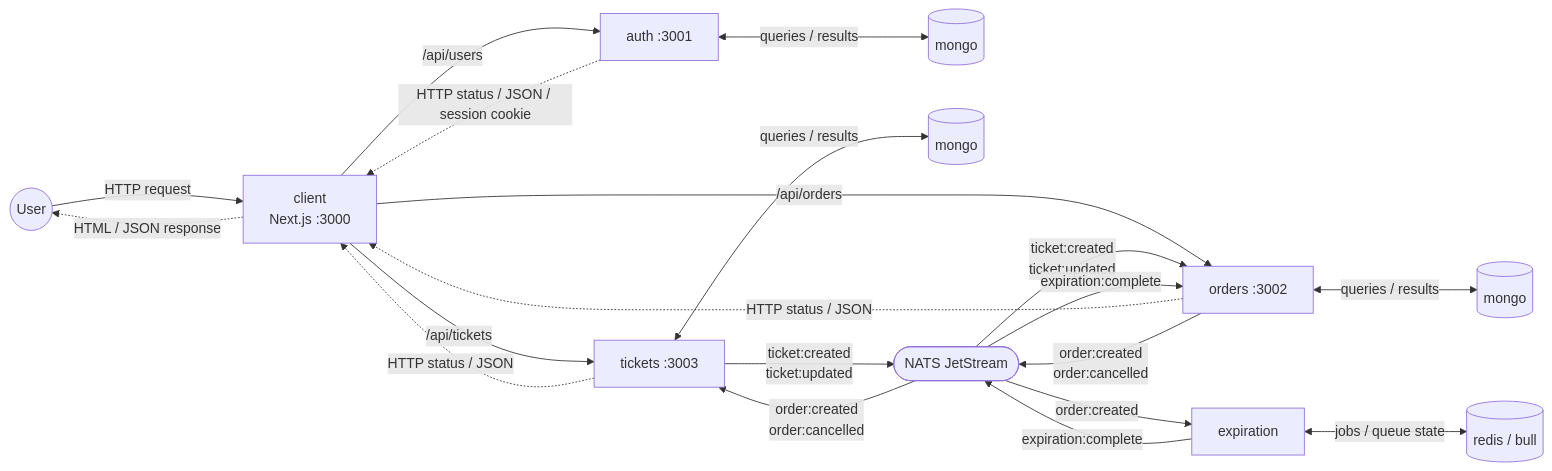
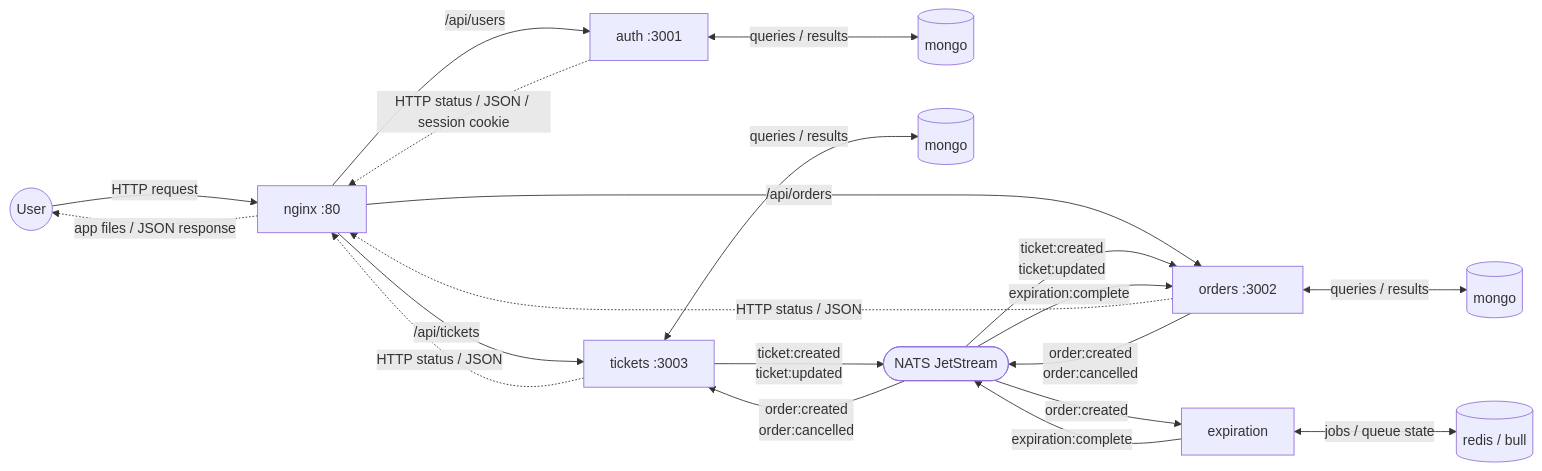
The diagram in README.md (elie29/ticketing), drawn with Mermaid before and after one commit. The commit also changed other lines of this file and 77 other files, not shown here.

Commit message:
✨ feat(client): migrate client to Vite SPA, serve via nginx in prod, update infra and docs

````diff
--- a/README.md
+++ b/README.md
@@ -7,24 +7,24 @@
 ```mermaid
 flowchart LR
-  user((User)) -->|HTTP request| client[client\nNext.js :3000]
-  client -.->|HTML / JSON response| user
-  client -->|/api/users| auth[auth :3001]
-  auth -.->|HTTP status / JSON / session cookie| client
-  client -->|/api/tickets| tickets[tickets :3003]
-  tickets -.->|HTTP status / JSON| client
-  client -->|/api/orders| orders[orders :3002]
-  orders -.->|HTTP status / JSON| client
+  user((User)) -->|HTTP request| nginx[nginx :80]
+  nginx -.->|app files / JSON response| user
+  nginx -->|/api/users| auth[auth :3001]
+  auth -.->|HTTP status / JSON / session cookie| nginx
+  nginx -->|/api/tickets| tickets[tickets :3003]
+  tickets -.->|HTTP status / JSON| nginx
+  nginx -->|/api/orders| orders[orders :3002]
+  orders -.->|HTTP status / JSON| nginx
 
   auth <-->|queries / results| authdb[(mongo)]
   tickets <-->|queries / results| ticketsdb[(mongo)]
   orders <-->|queries / results| ordersdb[(mongo)]
   expiration[expiration] <-->|jobs / queue state| redis[(redis / bull)]
 
   tickets -->|ticket:created\nticket:updated| nats([NATS JetStream])
   nats -->|ticket:created\nticket:updated| orders
   orders -->|order:created\norder:cancelled| nats
   nats -->|order:created\norder:cancelled| tickets
   nats -->|order:created| expiration
   expiration -->|expiration:complete| nats
   nats -->|expiration:complete| orders
 ```
````
